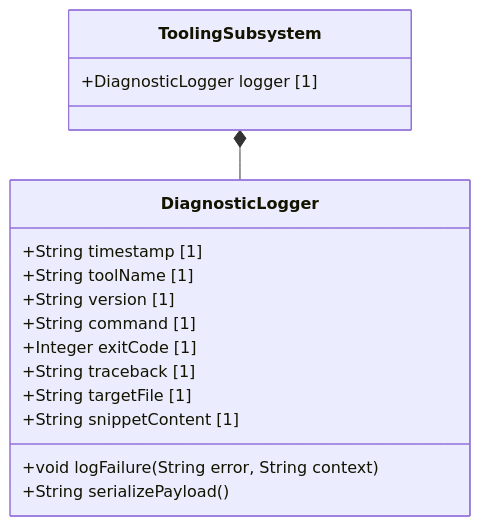
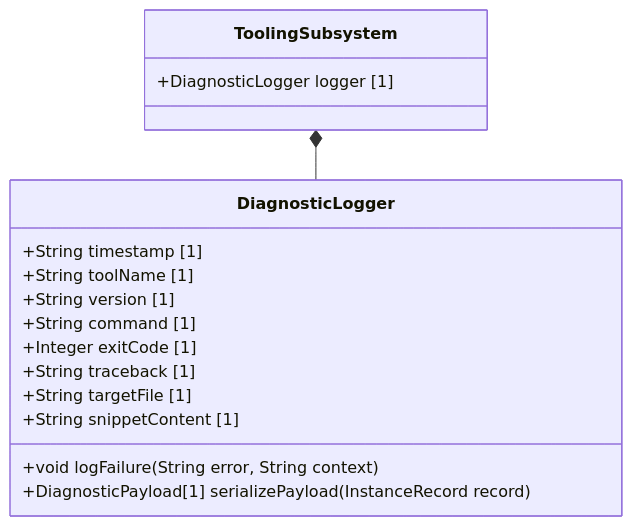
Before and after one commit to gintatkinson/digital-pipeline-repo: the diagram in docs/features/feat-04-diagnostic-payload-generation.md, drawn with Mermaid. The commit also changed 17 other files, not shown here.

````diff
--- a/docs/features/feat-04-diagnostic-payload-generation.md
+++ b/docs/features/feat-04-diagnostic-payload-generation.md
@@ -18,19 +18,19 @@
 ```mermaid
 classDiagram
     class ToolingSubsystem {
         +DiagnosticLogger logger [1]
     }
     class DiagnosticLogger {
         +String timestamp [1]
         +String toolName [1]
         +String version [1]
         +String command [1]
         +Integer exitCode [1]
         +String traceback [1]
         +String targetFile [1]
         +String snippetContent [1]
         +void logFailure(String error, String context)
-        +String serializePayload()
+        +DiagnosticPayload[1] serializePayload(InstanceRecord record)
     }
     ToolingSubsystem *-- DiagnosticLogger
 ```
````
